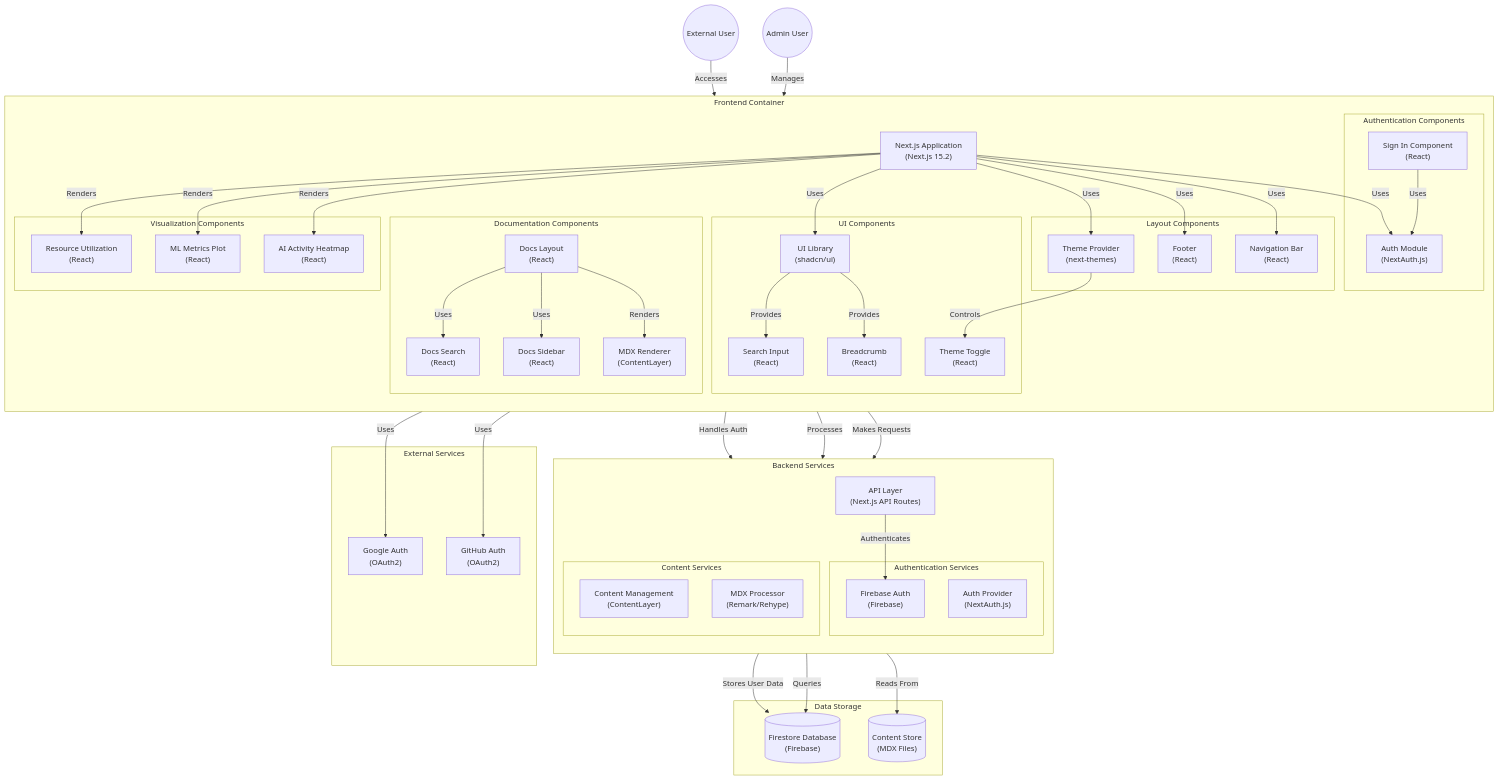
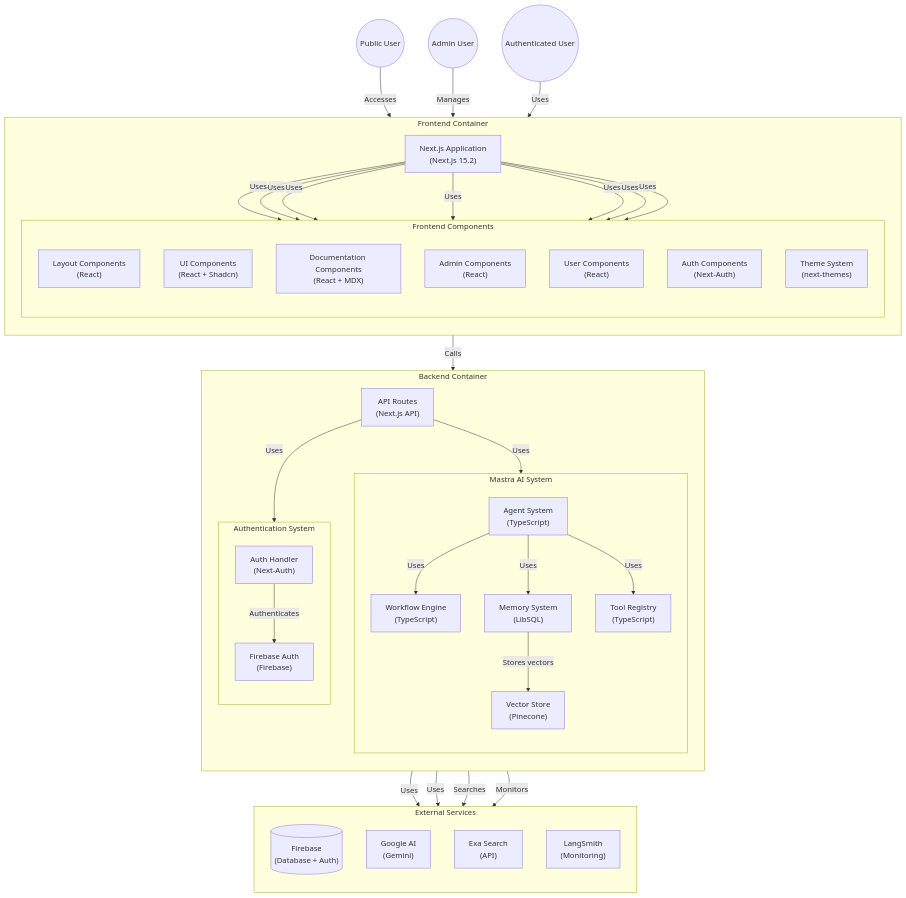
One commit to ssdeanx/deanmachines-front changed the fourth of 5 diagrams in README.md. Above: the diagram before and after it, drawn with Mermaid.

Commit message:
feat(docs): update architecture diagram in README for clarity
Refactor the architecture diagram to enhance clarity and organization.
Updated component categories and relationships to better represent the
frontend and backend structure, including user roles and service
interactions.

````diff
--- a/README.md
+++ b/README.md
@@ -271,108 +271,82 @@
 ```mermaid
 graph TB
-    User((External User))
-    Admin((Admin User))
+    %% External Users
+    User((Public User))
+    AdminUser((Admin User))
+    AuthUser((Authenticated User))
 
     subgraph "Frontend Container"
         direction TB
         NextApp["Next.js Application<br>(Next.js 15.2)"]
 
-        subgraph "Layout Components"
-            NavBar["Navigation Bar<br>(React)"]
-            Footer["Footer<br>(React)"]
-            ThemeProvider["Theme Provider<br>(next-themes)"]
-        end
-
-        subgraph "Authentication Components"
-            AuthModule["Auth Module<br>(NextAuth.js)"]
-            SignIn["Sign In Component<br>(React)"]
-        end
-
-        subgraph "Documentation Components"
-            DocsLayout["Docs Layout<br>(React)"]
-            DocsSidebar["Docs Sidebar<br>(React)"]
-            DocsSearch["Docs Search<br>(React)"]
-            MDXRenderer["MDX Renderer<br>(ContentLayer)"]
-        end
-
-        subgraph "UI Components"
-            UILib["UI Library<br>(shadcn/ui)"]
-            ThemeToggle["Theme Toggle<br>(React)"]
-            Breadcrumb["Breadcrumb<br>(React)"]
-            SearchInput["Search Input<br>(React)"]
-        end
-
-        subgraph "Visualization Components"
-            AIHeatmap["AI Activity Heatmap<br>(React)"]
-            MLMetrics["ML Metrics Plot<br>(React)"]
-            ResourceUtil["Resource Utilization<br>(React)"]
+        subgraph "Frontend Components"
+            direction TB
+            LayoutComponents["Layout Components<br>(React)"]
+            UIComponents["UI Components<br>(React + Shadcn)"]
+            DocsComponents["Documentation Components<br>(React + MDX)"]
+            AdminComponents["Admin Components<br>(React)"]
+            UserComponents["User Components<br>(React)"]
+            AuthComponents["Auth Components<br>(Next-Auth)"]
+            ThemeSystem["Theme System<br>(next-themes)"]
         end
     end
 
-    subgraph "Backend Services"
+    subgraph "Backend Container"
         direction TB
-        APILayer["API Layer<br>(Next.js API Routes)"]
+        APIRoutes["API Routes<br>(Next.js API)"]
 
-        subgraph "Authentication Services"
-            FirebaseAuth["Firebase Auth<br>(Firebase)"]
-            AuthProvider["Auth Provider<br>(NextAuth.js)"]
+        subgraph "Mastra AI System"
+            direction TB
+            AgentSystem["Agent System<br>(TypeScript)"]
+            WorkflowEngine["Workflow Engine<br>(TypeScript)"]
+            MemorySystem["Memory System<br>(LibSQL)"]
+            ToolRegistry["Tool Registry<br>(TypeScript)"]
+            VectorStore["Vector Store<br>(Pinecone)"]
         end
 
-        subgraph "Content Services"
-            ContentLayer["Content Management<br>(ContentLayer)"]
-            MDXProcessor["MDX Processor<br>(Remark/Rehype)"]
+        subgraph "Authentication System"
+            direction TB
+            AuthHandler["Auth Handler<br>(Next-Auth)"]
+            FirebaseAuth["Firebase Auth<br>(Firebase)"]
         end
     end
 
-    subgraph "Data Storage"
-        FirestoreDB[("Firestore Database<br>(Firebase)")]
-        ContentStore[("Content Store<br>(MDX Files)")]
+    subgraph "External Services"
+        direction TB
+        Firebase[("Firebase<br>(Database + Auth)")]
+        GoogleAI["Google AI<br>(Gemini)"]
+        ExaSearch["Exa Search<br>(API)"]
+        LangSmith["LangSmith<br>(Monitoring)"]
     end
 
-    subgraph "External Services"
-        GoogleAuth["Google Auth<br>(OAuth2)"]
-        GitHubAuth["GitHub Auth<br>(OAuth2)"]
-    end
-
-    %% User Interactions
+    %% Relationships
     User -->|"Accesses"| NextApp
-    Admin -->|"Manages"| NextApp
+    AdminUser -->|"Manages"| NextApp
+    AuthUser -->|"Uses"| NextApp
 
     %% Frontend Component Relationships
-    NextApp -->|"Uses"| NavBar
-    NextApp -->|"Uses"| Footer
-    NextApp -->|"Uses"| ThemeProvider
-    NextApp -->|"Uses"| AuthModule
-    NextApp -->|"Uses"| UILib
+    NextApp -->|"Uses"| LayoutComponents
+    NextApp -->|"Uses"| UIComponents
+    NextApp -->|"Uses"| DocsComponents
+    NextApp -->|"Uses"| AdminComponents
+    NextApp -->|"Uses"| UserComponents
+    NextApp -->|"Uses"| AuthComponents
+    NextApp -->|"Uses"| ThemeSystem
 
-    %% Authentication Flow
-    AuthModule -->|"Handles Auth"| FirebaseAuth
-    AuthModule -->|"Uses"| GoogleAuth
-    AuthModule -->|"Uses"| GitHubAuth
-    SignIn -->|"Uses"| AuthModule
+    %% Backend Component Relationships
+    NextApp -->|"Calls"| APIRoutes
+    APIRoutes -->|"Uses"| AgentSystem
+    APIRoutes -->|"Uses"| AuthHandler
 
-    %% Documentation Flow
-    DocsLayout -->|"Renders"| MDXRenderer
-    DocsLayout -->|"Uses"| DocsSidebar
-    DocsLayout -->|"Uses"| DocsSearch
-    MDXRenderer -->|"Processes"| ContentLayer
+    AgentSystem -->|"Uses"| WorkflowEngine
+    AgentSystem -->|"Uses"| MemorySystem
+    AgentSystem -->|"Uses"| ToolRegistry
+    MemorySystem -->|"Stores vectors"| VectorStore
 
-    %% Data Storage Relationships
-    FirebaseAuth -->|"Stores User Data"| FirestoreDB
-    ContentLayer -->|"Reads From"| ContentStore
-
-    %% API Interactions
-    NextApp -->|"Makes Requests"| APILayer
-    APILayer -->|"Authenticates"| FirebaseAuth
-    APILayer -->|"Queries"| FirestoreDB
-
-    %% Theme and UI
-    ThemeProvider -->|"Controls"| ThemeToggle
-    UILib -->|"Provides"| Breadcrumb
-    UILib -->|"Provides"| SearchInput
-
-    %% Visualization Components
-    NextApp -->|"Renders"| AIHeatmap
-    NextApp -->|"Renders"| MLMetrics
-    NextApp -->|"Renders"| ResourceUtil
+    %% External Service Relationships
+    AuthHandler -->|"Authenticates"| FirebaseAuth
+    FirebaseAuth -->|"Uses"| Firebase
+    AgentSystem -->|"Uses"| GoogleAI
+    ToolRegistry -->|"Searches"| ExaSearch
+    AgentSystem -->|"Monitors"| LangSmith
 ```
````
